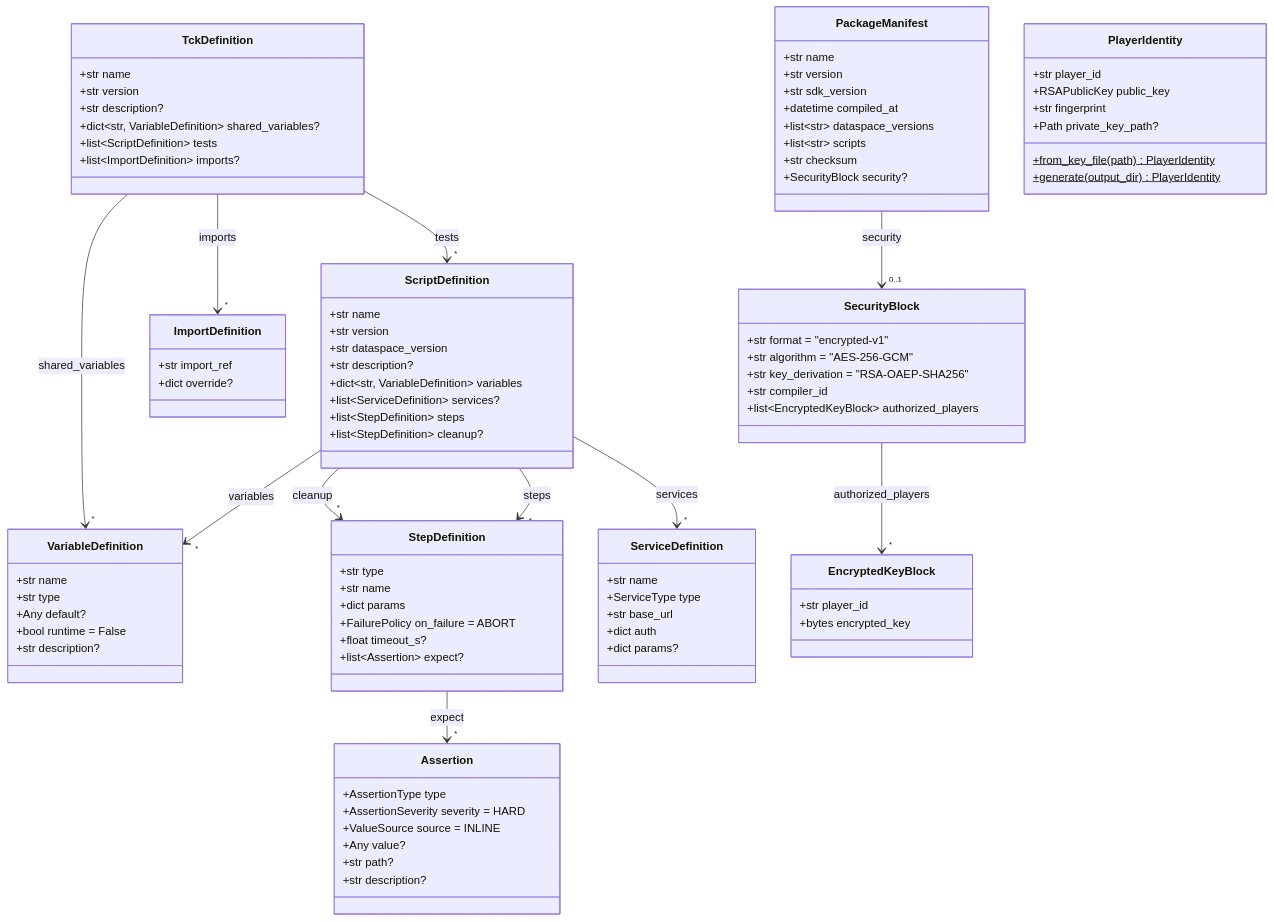
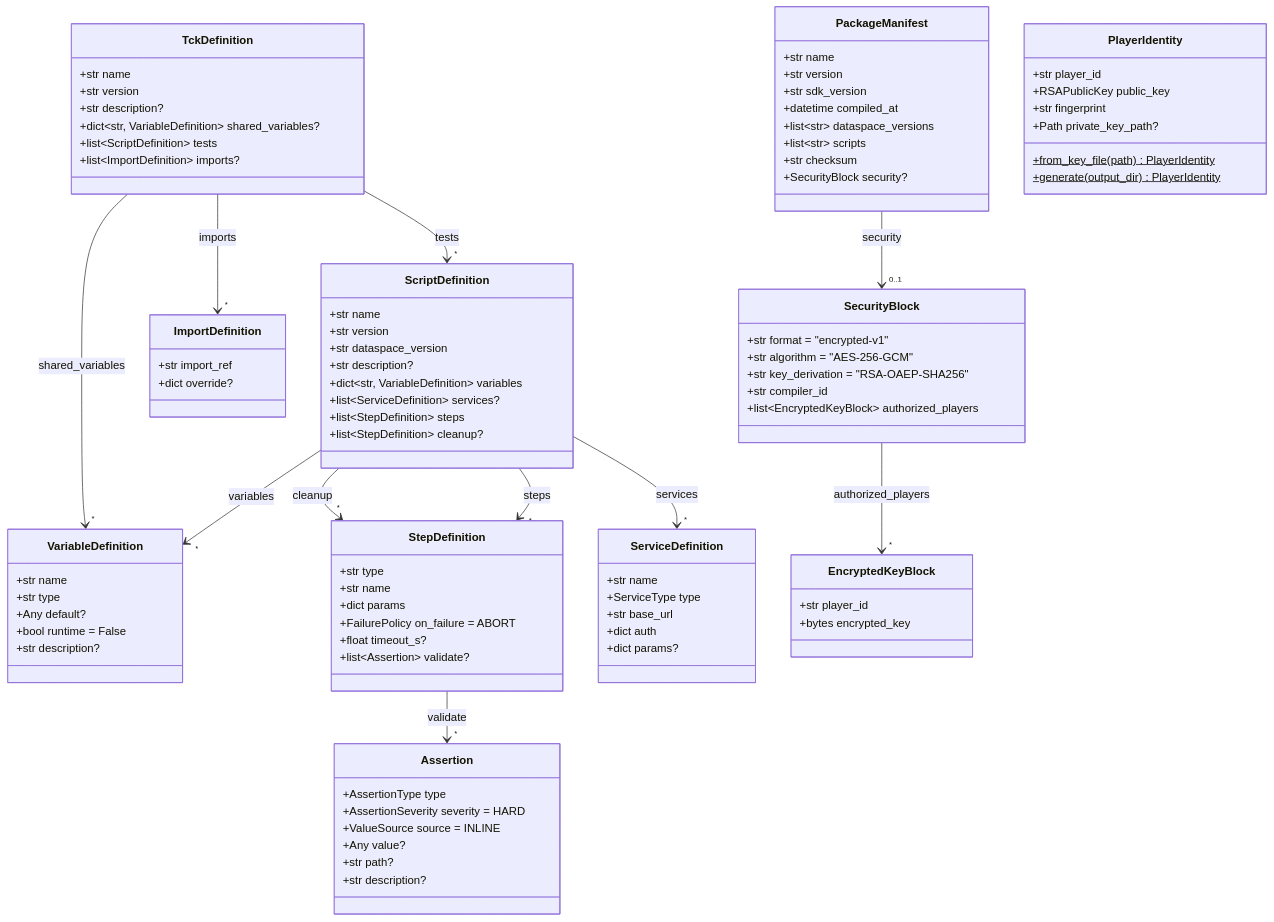
One commit to tudorfrincu1/tractusx-testlab changed the first of 8 diagrams in docs/specification/specification/data-models.md. Above: the diagram before and after it, drawn with Mermaid. The commit also changed 79 other files, not shown here.

```diff
--- a/docs/specification/specification/data-models.md
+++ b/docs/specification/specification/data-models.md
@@ -66,7 +66,7 @@
         +dict params
         +FailurePolicy on_failure = ABORT
         +float timeout_s?
-        +list~Assertion~ expect?
+        +list~Assertion~ validate?
     }
 
     class ScriptDefinition {
@@ -142,7 +142,7 @@
     ScriptDefinition --> "*" StepDefinition : steps
     ScriptDefinition --> "*" StepDefinition : cleanup
     ScriptDefinition --> "*" ServiceDefinition : services
-    StepDefinition --> "*" Assertion : expect
+    StepDefinition --> "*" Assertion : validate
     TckDefinition --> "*" ScriptDefinition : tests
     TckDefinition --> "*" VariableDefinition : shared_variables
     TckDefinition --> "*" ImportDefinition : imports
```
